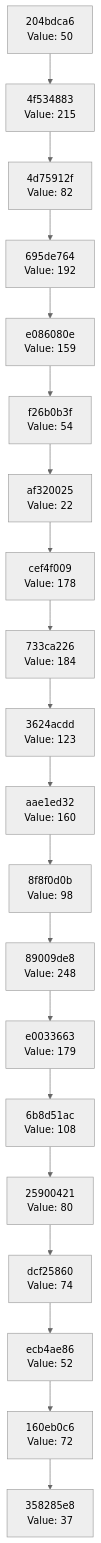
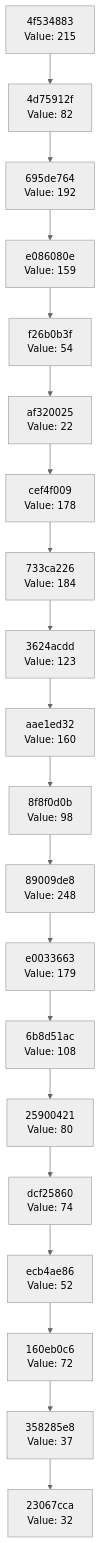
The diagram in docs/CHAIN_VISUALIZATION.md (Abhisheksinha1506/hash-chain-evolver), drawn with Mermaid (neutral theme) before and after one commit. The commit also changed 3 other files, not shown here.

````diff
--- a/docs/CHAIN_VISUALIZATION.md
+++ b/docs/CHAIN_VISUALIZATION.md
@@ -3,42 +3,42 @@
 ```mermaid
 graph TD
-    C0["358285e8<br/>Value: 37"]
-    C1["160eb0c6<br/>Value: 72"]
+    C0["23067cca<br/>Value: 32"]
+    C1["358285e8<br/>Value: 37"]
     C1 --> C0
-    C2["ecb4ae86<br/>Value: 52"]
+    C2["160eb0c6<br/>Value: 72"]
     C2 --> C1
-    C3["dcf25860<br/>Value: 74"]
+    C3["ecb4ae86<br/>Value: 52"]
     C3 --> C2
-    C4["25900421<br/>Value: 80"]
+    C4["dcf25860<br/>Value: 74"]
     C4 --> C3
-    C5["6b8d51ac<br/>Value: 108"]
+    C5["25900421<br/>Value: 80"]
     C5 --> C4
-    C6["e0033663<br/>Value: 179"]
+    C6["6b8d51ac<br/>Value: 108"]
     C6 --> C5
-    C7["89009de8<br/>Value: 248"]
+    C7["e0033663<br/>Value: 179"]
     C7 --> C6
-    C8["8f8f0d0b<br/>Value: 98"]
+    C8["89009de8<br/>Value: 248"]
     C8 --> C7
-    C9["aae1ed32<br/>Value: 160"]
+    C9["8f8f0d0b<br/>Value: 98"]
     C9 --> C8
-    C10["3624acdd<br/>Value: 123"]
+    C10["aae1ed32<br/>Value: 160"]
     C10 --> C9
-    C11["733ca226<br/>Value: 184"]
+    C11["3624acdd<br/>Value: 123"]
     C11 --> C10
-    C12["cef4f009<br/>Value: 178"]
+    C12["733ca226<br/>Value: 184"]
     C12 --> C11
-    C13["af320025<br/>Value: 22"]
+    C13["cef4f009<br/>Value: 178"]
     C13 --> C12
-    C14["f26b0b3f<br/>Value: 54"]
+    C14["af320025<br/>Value: 22"]
     C14 --> C13
-    C15["e086080e<br/>Value: 159"]
+    C15["f26b0b3f<br/>Value: 54"]
     C15 --> C14
-    C16["695de764<br/>Value: 192"]
+    C16["e086080e<br/>Value: 159"]
     C16 --> C15
-    C17["4d75912f<br/>Value: 82"]
+    C17["695de764<br/>Value: 192"]
     C17 --> C16
-    C18["4f534883<br/>Value: 215"]
+    C18["4d75912f<br/>Value: 82"]
     C18 --> C17
-    C19["204bdca6<br/>Value: 50"]
+    C19["4f534883<br/>Value: 215"]
     C19 --> C18
 ```
````
